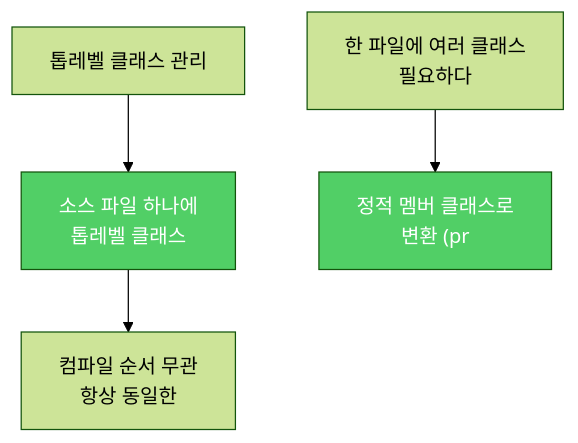
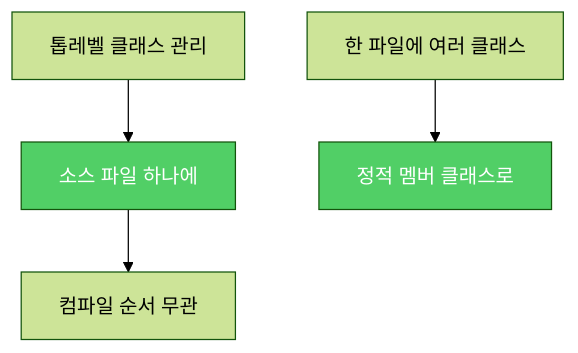
One commit to yjkim2015/yjkim2015.github.io changed the second of 2 diagrams in _posts/java/2022-01-04-effective-java25.md. Above: the diagram before and after it, drawn with Mermaid (forest theme). The commit also changed 217 other files, not shown here.

First line of the commit message:
Mermaid 크기 수정: useMaxWidth:true + SVG max-width:100% + 라벨 축소

````diff
--- a/_posts/java/2022-01-04-effective-java25.md
+++ b/_posts/java/2022-01-04-effective-java25.md
@@ -115,8 +115,8 @@
 ```mermaid
 graph TD
-    A["톱레벨 클래스 관리"] --> B["소스 파일 하나에\n톱레벨 클래스"]
-    B --> C["컴파일 순서 무관\n항상 동일한"]
-    D["한 파일에 여러 클래스\n필요하다"] --> E["정적 멤버 클래스로\n변환 (pr"]
+    A["톱레벨 클래스 관리"] --> B["소스 파일 하나에"]
+    B --> C["컴파일 순서 무관"]
+    D["한 파일에 여러 클래스"] --> E["정적 멤버 클래스로"]
     style B fill:#51cf66,color:#fff
     style E fill:#51cf66,color:#fff
 ```
````
